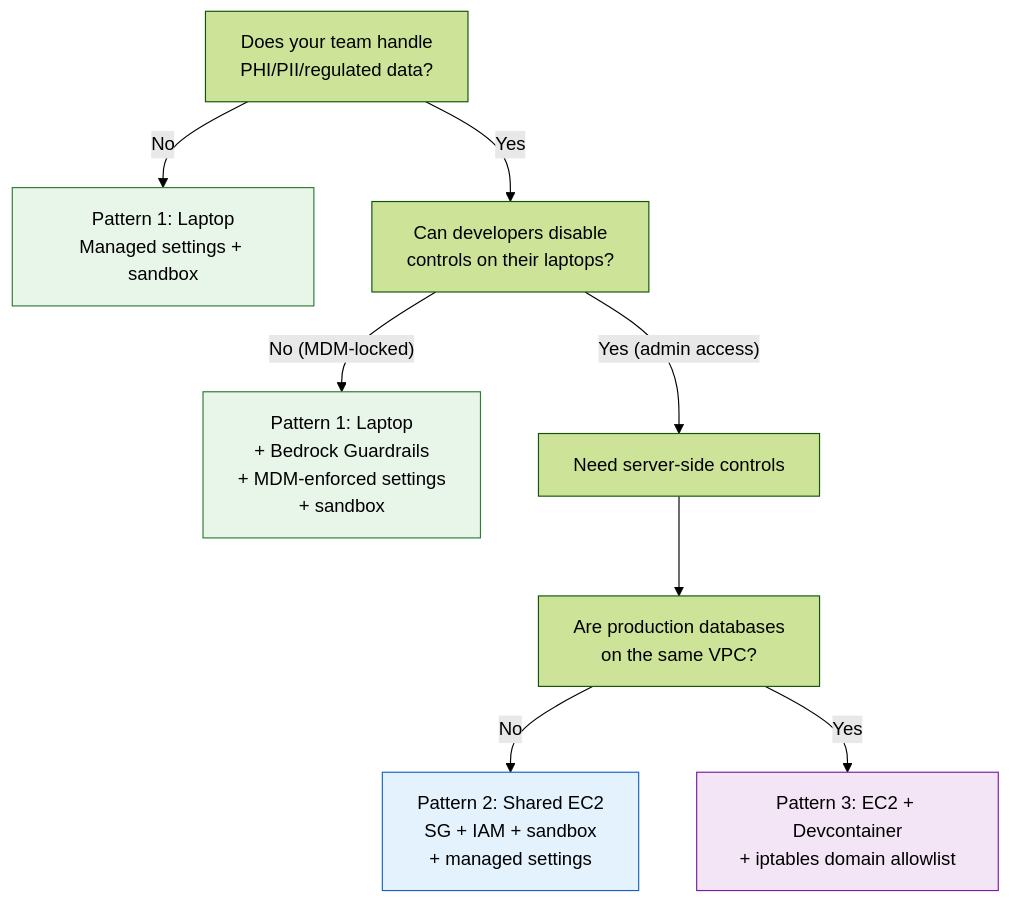
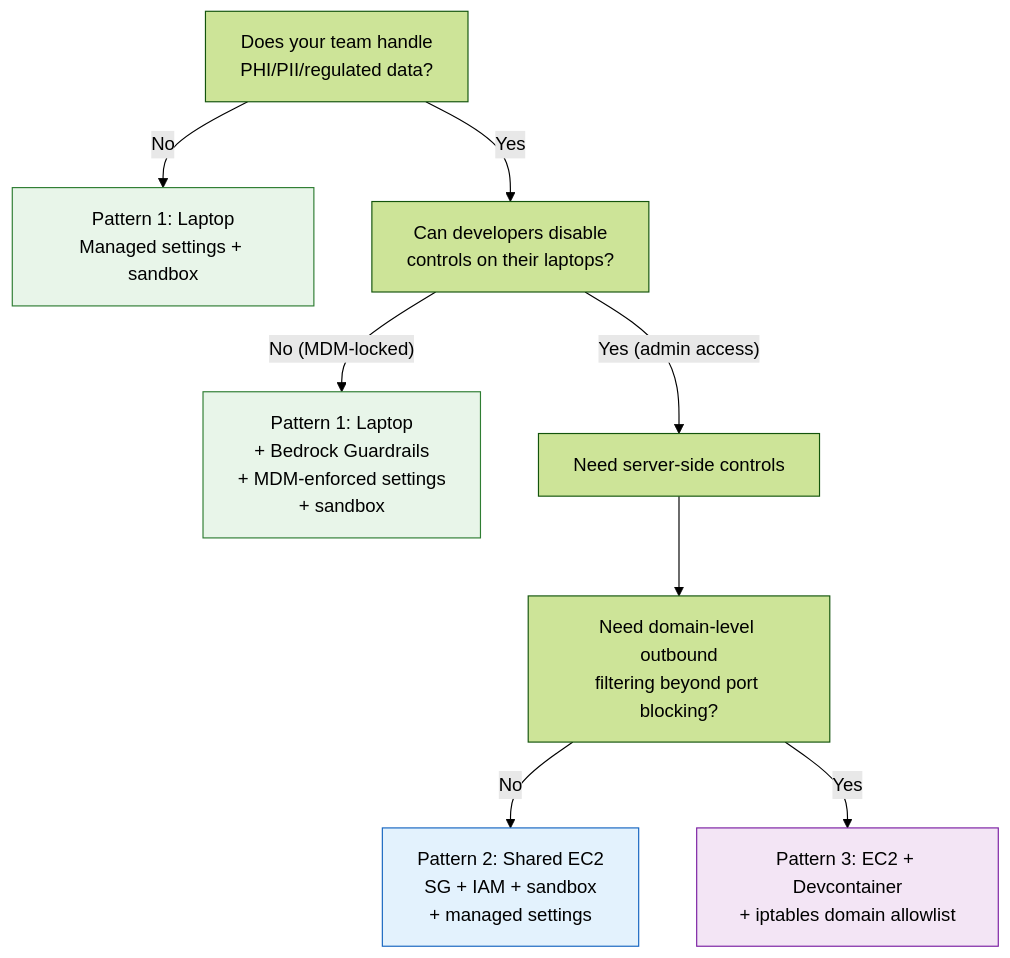
The first of 4 diagrams in README.md (aidin-repo/claude-code-ec2-isolation), drawn with Mermaid (forest theme) before and after one commit.

Commit message:
Clarify decision tree: domain-level filtering instead of VPC question

````diff
--- a/README.md
+++ b/README.md
@@ -41,15 +41,15 @@
 ```mermaid
 graph TD
   A["Does your team handle<br>PHI/PII/regulated data?"] -->|No| B["Pattern 1: Laptop<br>Managed settings + sandbox"]
   A -->|Yes| C["Can developers disable<br>controls on their laptops?"]
   C -->|"No (MDM-locked)"| D["Pattern 1: Laptop<br>+ Bedrock Guardrails<br>+ MDM-enforced settings<br>+ sandbox"]
   C -->|"Yes (admin access)"| E["Need server-side controls"]
-  E --> F["Are production databases<br>on the same VPC?"]
+  E --> F["Need domain-level outbound<br>filtering beyond port blocking?"]
   F -->|No| G["Pattern 2: Shared EC2<br>SG + IAM + sandbox<br>+ managed settings"]
   F -->|Yes| H["Pattern 3: EC2 + Devcontainer<br>+ iptables domain allowlist"]
 
   style B fill:#e8f5e9,stroke:#2e7d32,color:#000
   style D fill:#e8f5e9,stroke:#2e7d32,color:#000
   style G fill:#e3f2fd,stroke:#1565c0,color:#000
   style H fill:#f3e5f5,stroke:#7b1fa2,color:#000
 ```
````
